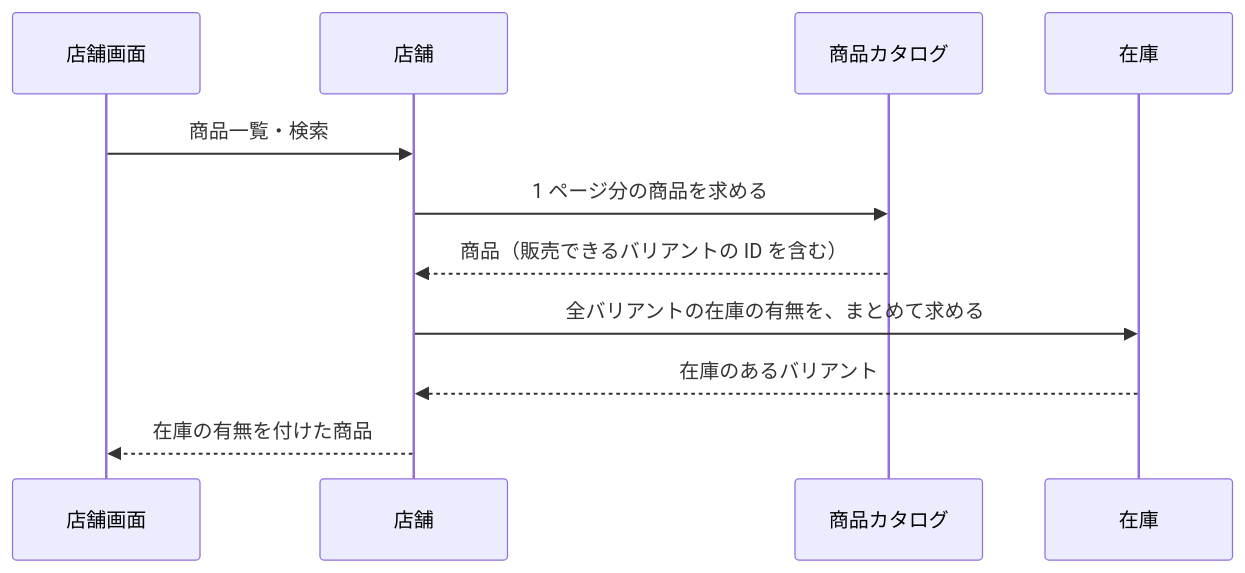
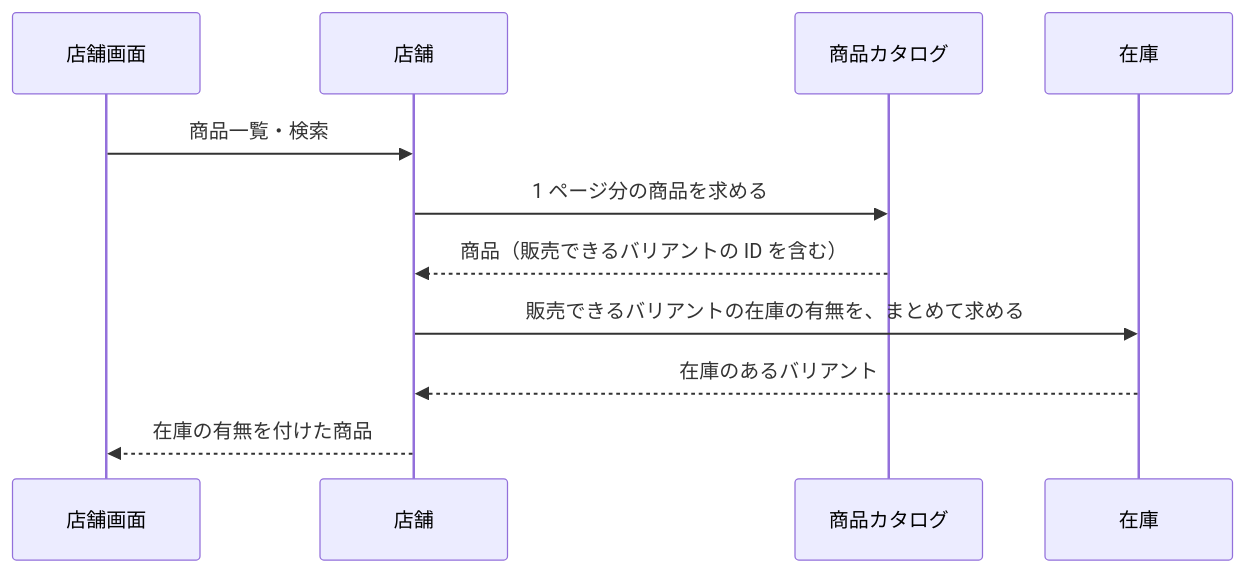
Before and after one commit to roger88106/ec-site: the first of 3 diagrams in docs/02-設計/storefront.md, drawn with Mermaid. The commit also changed other lines of this file and 23 other files, not shown here.

````diff
--- a/docs/02-設計/storefront.md
+++ b/docs/02-設計/storefront.md
@@ -21,13 +21,13 @@
 ```mermaid
 sequenceDiagram
     participant U as 店舗画面
     participant S as 店舗
     participant C as 商品カタログ
     participant I as 在庫
     U->>S: 商品一覧・検索
     S->>C: 1 ページ分の商品を求める
     C-->>S: 商品（販売できるバリアントの ID を含む）
-    S->>I: 全バリアントの在庫の有無を、まとめて求める
+    S->>I: 販売できるバリアントの在庫の有無を、まとめて求める
     I-->>S: 在庫のあるバリアント
     S-->>U: 在庫の有無を付けた商品
 ```
````
